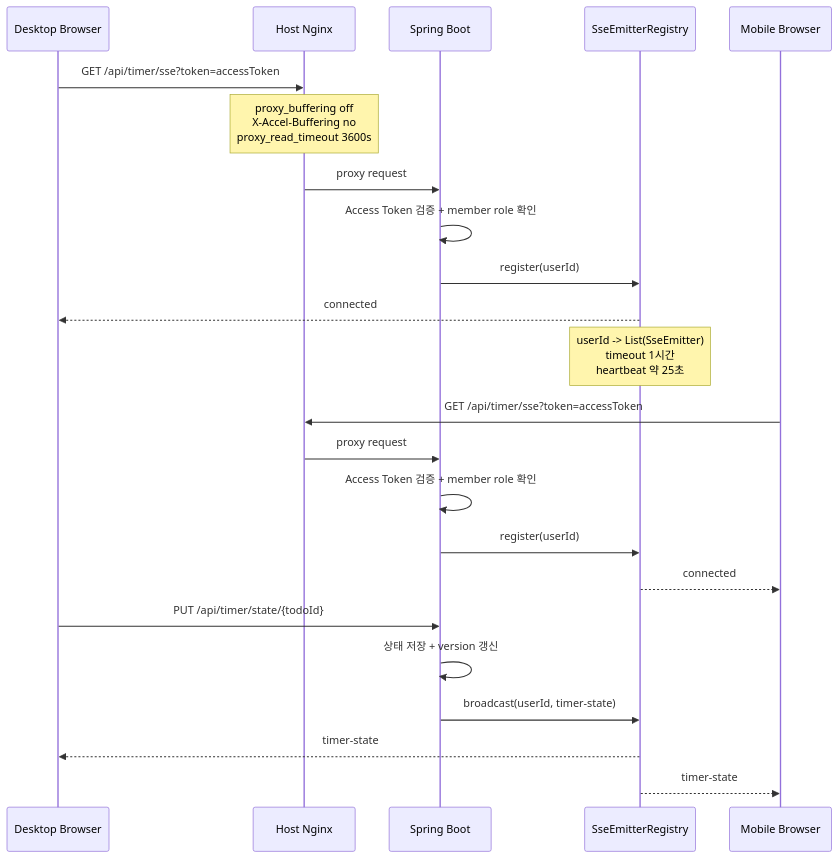
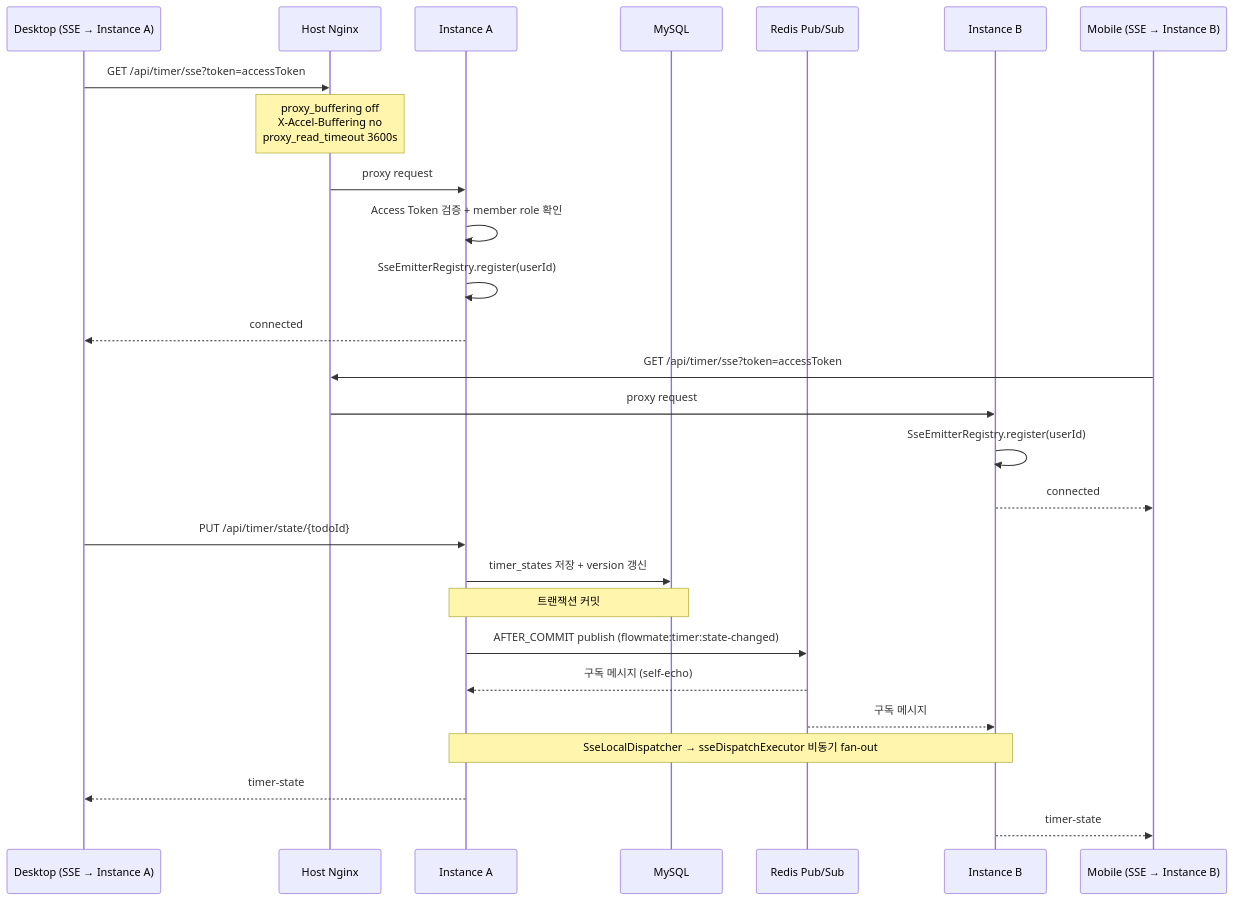
One commit to g1ennk/FlowMate changed the third of 4 diagrams in docs/architecture.md. Above: the diagram before and after it, drawn with Mermaid. The commit also changed other lines of this file and 5 other files, not shown here.

Commit message:
docs(wiki): SSE 동기화 위키 시리즈 정합 + Redis Pub/Sub 위키 신규 추가

````diff
--- a/docs/architecture.md
+++ b/docs/architecture.md
@@ -109,25 +111,29 @@
 ```mermaid
 sequenceDiagram
-    participant D as Desktop Browser
+    participant D as Desktop (SSE → Instance A)
     participant N as Host Nginx
-    participant S as Spring Boot
-    participant R as SseEmitterRegistry
-    participant M as Mobile Browser
+    participant A as Instance A
+    participant DB as MySQL
+    participant Rds as Redis Pub/Sub
+    participant B as Instance B
+    participant M as Mobile (SSE → Instance B)
     D ->> N: GET /api/timer/sse?token=accessToken
     Note over N: proxy_buffering off<br/>X-Accel-Buffering no<br/>proxy_read_timeout 3600s
-    N ->> S: proxy request
-    S ->> S: Access Token 검증 + member role 확인
-    S ->> R: register(userId)
-    R -->> D: connected
-    Note over R: userId -> List(SseEmitter)<br/>timeout 1시간<br/>heartbeat 약 25초
+    N ->> A: proxy request
+    A ->> A: Access Token 검증 + member role 확인
+    A ->> A: SseEmitterRegistry.register(userId)
+    A -->> D: connected
     M ->> N: GET /api/timer/sse?token=accessToken
-    N ->> S: proxy request
-    S ->> S: Access Token 검증 + member role 확인
-    S ->> R: register(userId)
-    R -->> M: connected
-    D ->> S: PUT /api/timer/state/{todoId}
-    S ->> S: 상태 저장 + version 갱신
-    S ->> R: broadcast(userId, timer-state)
-    R -->> D: timer-state
-    R -->> M: timer-state
+    N ->> B: proxy request
+    B ->> B: SseEmitterRegistry.register(userId)
+    B -->> M: connected
+    D ->> A: PUT /api/timer/state/{todoId}
+    A ->> DB: timer_states 저장 + version 갱신
+    Note over A, DB: 트랜잭션 커밋
+    A ->> Rds: AFTER_COMMIT publish (flowmate:timer:state-changed)
+    Rds -->> A: 구독 메시지 (self-echo)
+    Rds -->> B: 구독 메시지
+    Note over A, B: SseLocalDispatcher → sseDispatchExecutor 비동기 fan-out
+    A -->> D: timer-state
+    B -->> M: timer-state
 ```
````
